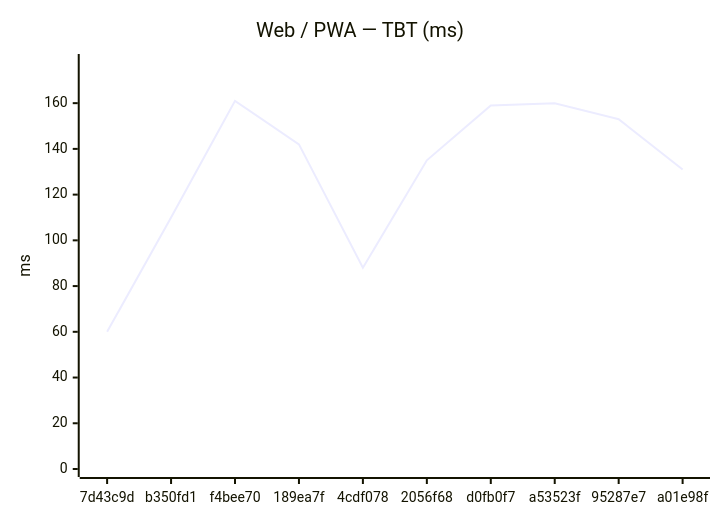
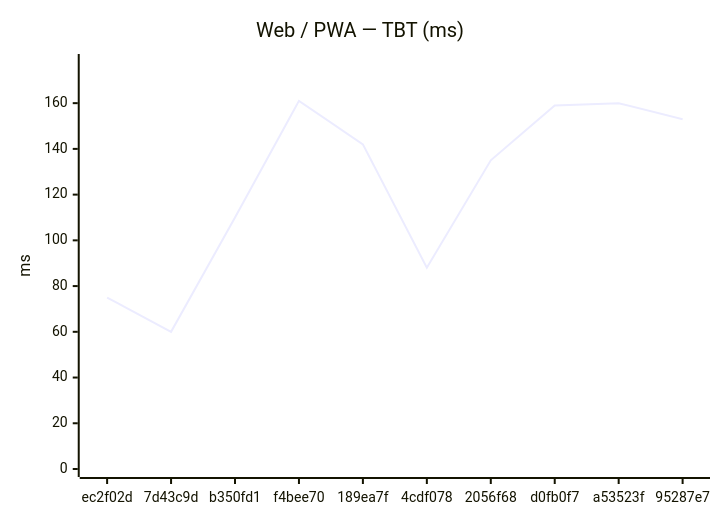
The second of 18 diagrams in benchmarks/compare.md (Metaheurist/Rianell), drawn with Mermaid before and after one commit. The commit also changed other lines of this file and 11 other files, not shown here.

````diff
--- a/benchmarks/compare.md
+++ b/benchmarks/compare.md
@@ -31,7 +31,7 @@
 ```mermaid
 xychart-beta
     title "Web / PWA — TBT (ms)"
-    x-axis ["7d43c9d", "b350fd1", "f4bee70", "189ea7f", "4cdf078", "2056f68", "d0fb0f7", "a53523f", "95287e7", "a01e98f"]
+    x-axis ["ec2f02d", "7d43c9d", "b350fd1", "f4bee70", "189ea7f", "4cdf078", "2056f68", "d0fb0f7", "a53523f", "95287e7"]
     y-axis "ms" 0 --> 178
-    line [60, 110, 161, 142, 88, 135, 159, 160, 153, 131]
+    line [75, 60, 110, 161, 142, 88, 135, 159, 160, 153]
 ```
````
